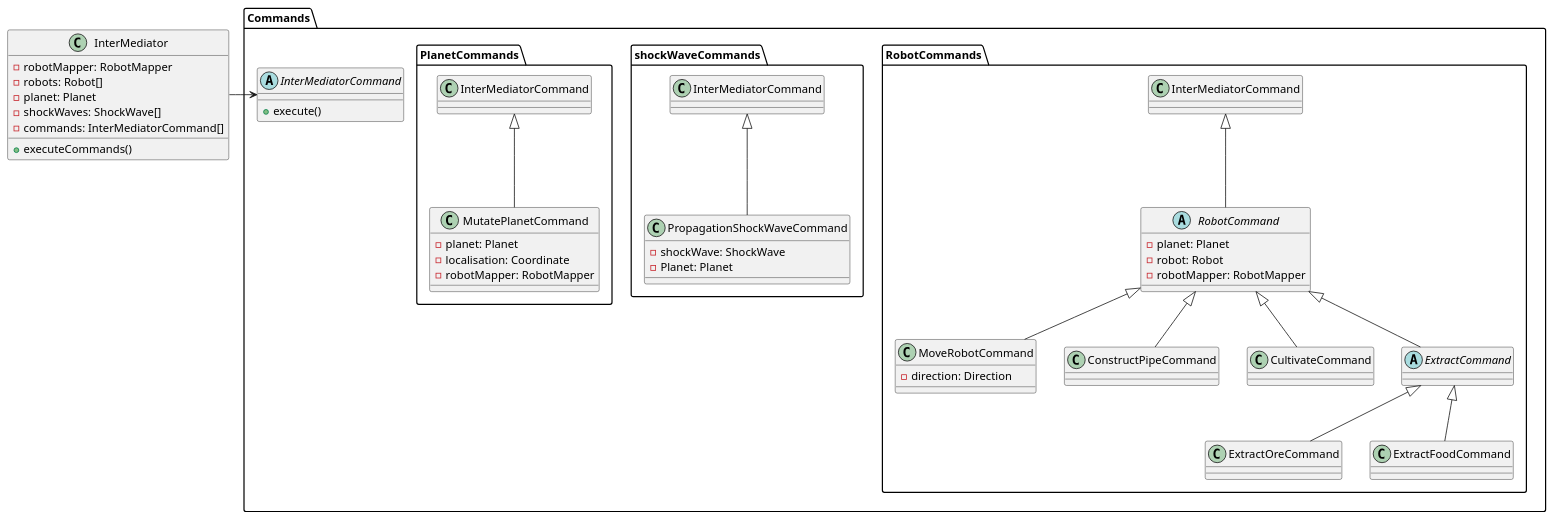
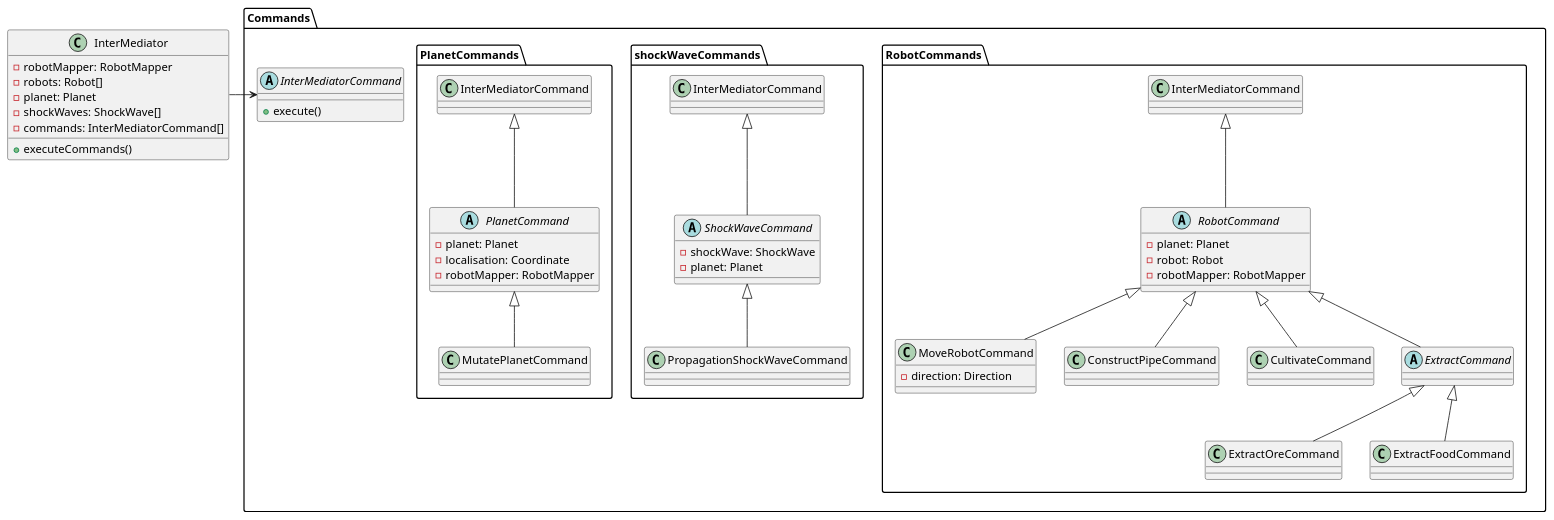
One commit to LEBOCQTitouan/ia-ensicaen-colonisation changed the diagram in uml/model/commands/Intermediator-commands.puml. Above: the diagram before and after it, drawn with PlantUML. The commit also changed 6 other files, not shown here.

```diff
--- a/uml/model/commands/Intermediator-commands.puml
+++ b/uml/model/commands/Intermediator-commands.puml
@@ -1,57 +1,61 @@
 @startuml
 'https://plantuml.com/class-diagram
 
 class InterMediator {
     -robotMapper: RobotMapper
     -robots: Robot[]
     -planet: Planet
     -shockWaves: ShockWave[]
     -commands: InterMediatorCommand[]
     +executeCommands()
 }
 
 
 package Commands {
     abstract class InterMediatorCommand {
         +execute()
     }
 
     InterMediator -> InterMediatorCommand
 
     package RobotCommands {
         abstract class RobotCommand extends InterMediatorCommand {
             -planet: Planet
             -robot: Robot
             -robotMapper: RobotMapper
         }
 
         class MoveRobotCommand extends RobotCommand {
             -direction: Direction
         }
 
         class ConstructPipeCommand extends RobotCommand {}
         class CultivateCommand extends RobotCommand {}
 
         abstract class ExtractCommand extends RobotCommand {}
 
         class ExtractOreCommand extends ExtractCommand {}
         class ExtractFoodCommand extends ExtractCommand {}
     }
 
     package shockWaveCommands {
-        class PropagationShockWaveCommand extends InterMediatorCommand {
+        abstract class ShockWaveCommand extends InterMediatorCommand {
             -shockWave: ShockWave
-            -Planet: Planet
+            -planet: Planet
         }
+
+        class PropagationShockWaveCommand extends ShockWaveCommand {}
     }
 
     package PlanetCommands {
-        class MutatePlanetCommand extends InterMediatorCommand {
+        abstract class PlanetCommand extends InterMediatorCommand {
             -planet: Planet
             -localisation: Coordinate
             -robotMapper: RobotMapper
         }
+
+        class MutatePlanetCommand extends PlanetCommand {}
     }
 }
 
 @enduml
```
